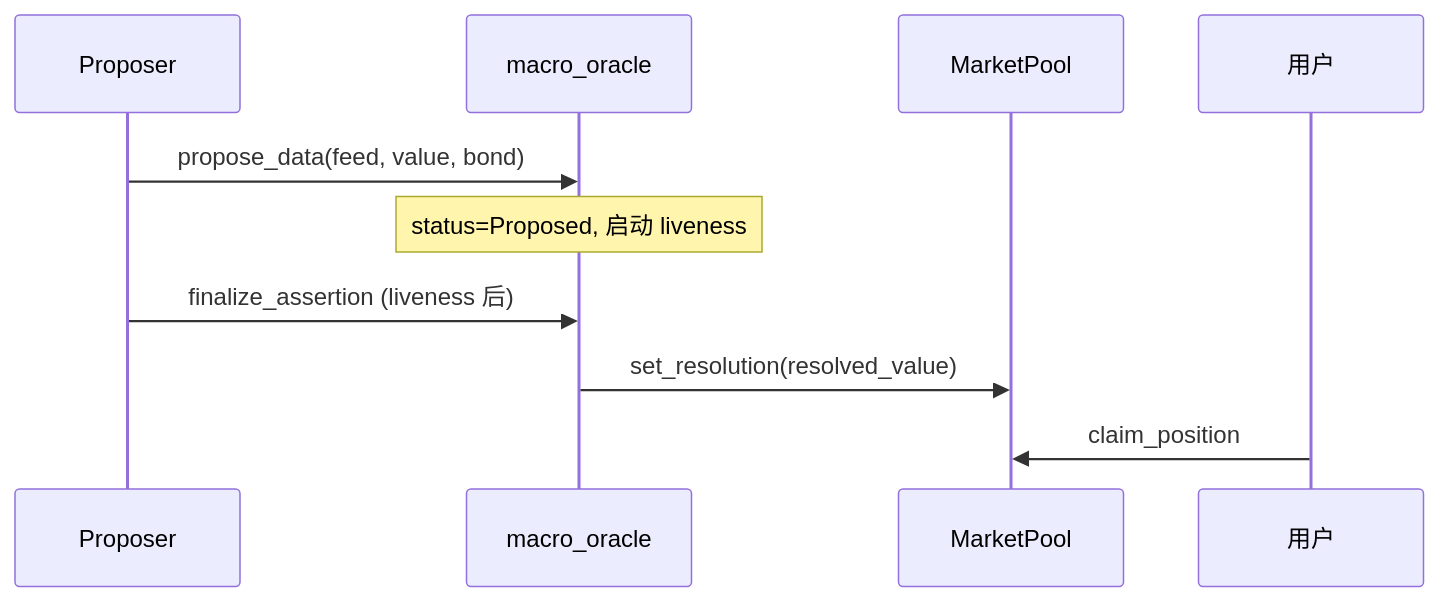
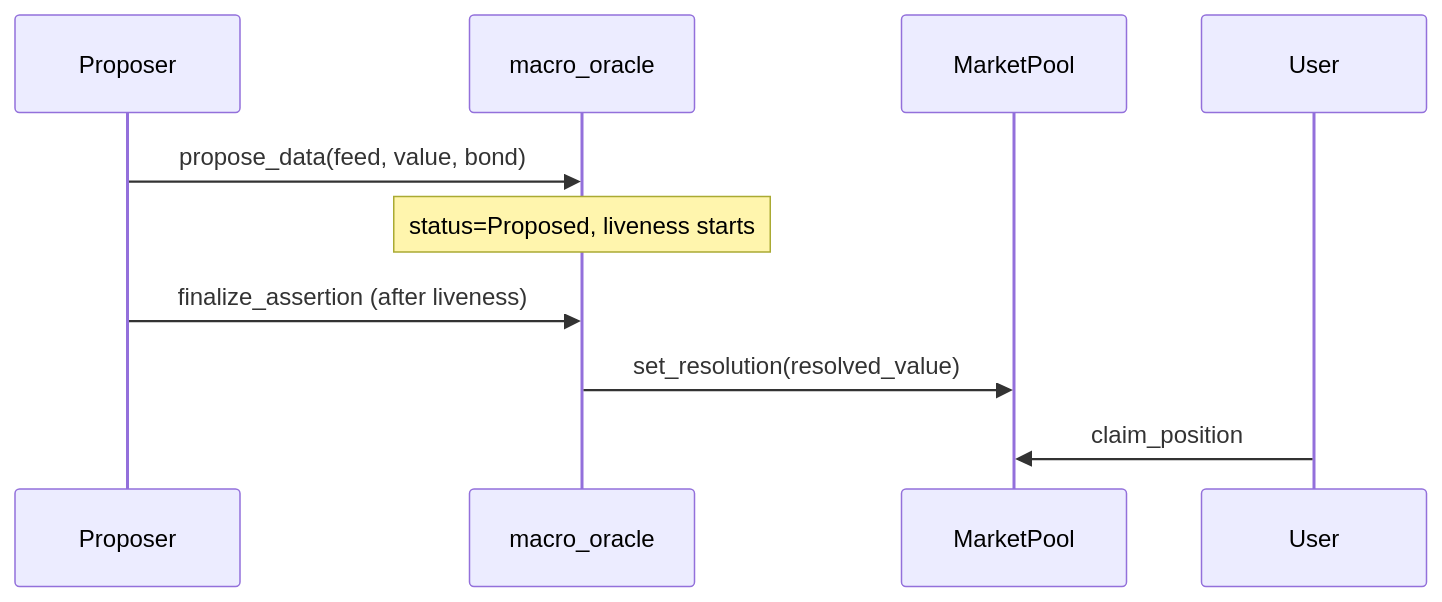
The second of 3 diagrams in docs/test-cases.md (bamaao/x-market), drawn with Mermaid before and after one commit. The commit also changed other lines of this file and 93 other files, not shown here.

````diff
--- a/docs/test-cases.md
+++ b/docs/test-cases.md
@@ -301,13 +303,13 @@
 ```mermaid
 sequenceDiagram
     participant P as Proposer
     participant O as macro_oracle
     participant Pool as MarketPool
-    participant U as 用户
+    participant U as User
 
     P->>O: propose_data(feed, value, bond)
-    Note over O: status=Proposed, 启动 liveness
-    P->>O: finalize_assertion (liveness 后)
+    Note over O: status=Proposed, liveness starts
+    P->>O: finalize_assertion (after liveness)
     O->>Pool: set_resolution(resolved_value)
     U->>Pool: claim_position
 ```
````
